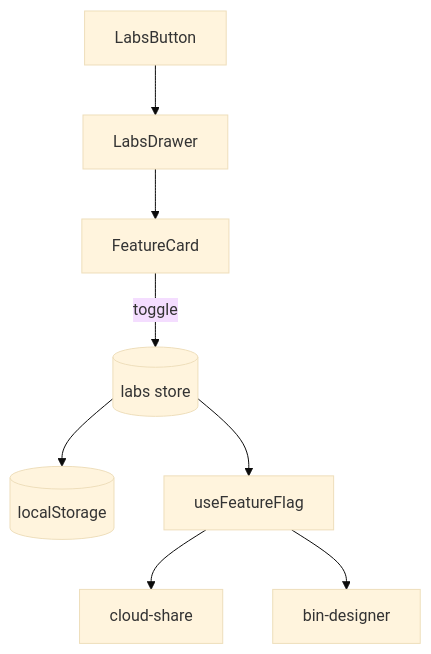
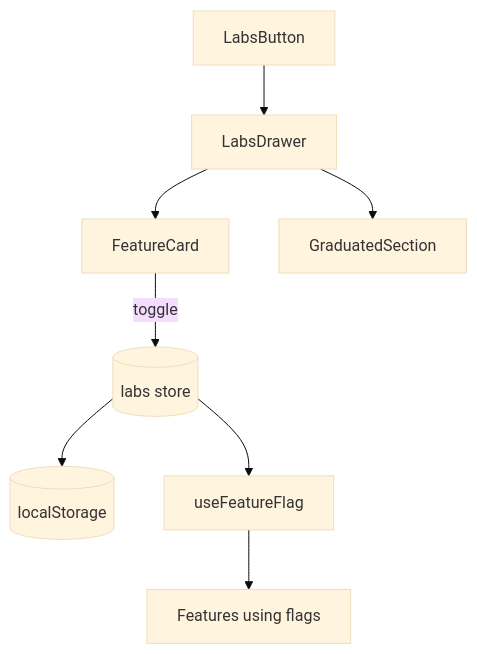
The diagram in src/features/labs/README.md (andymai/gridfinity-layout-tool), drawn with Mermaid (base theme) before and after one commit. The commit also changed other lines of this file and 14 other files, not shown here.

````diff
--- a/src/features/labs/README.md
+++ b/src/features/labs/README.md
@@ -5,7 +5,8 @@
 ```mermaid
 graph TB
-    LBtn[LabsButton] --> LD[LabsDrawer] --> FC[FeatureCard]
+    LBtn[LabsButton] --> LD[LabsDrawer]
+    LD --> FC[FeatureCard] & GS[GraduatedSection]
     FC -->|toggle| LS[(labs store)] --> LOCAL[(localStorage)]
     LS --> UFF[useFeatureFlag]
-    UFF --> CS[cloud-share] & BD[bin-designer]
+    UFF --> Features[Features using flags]
 ```
````
